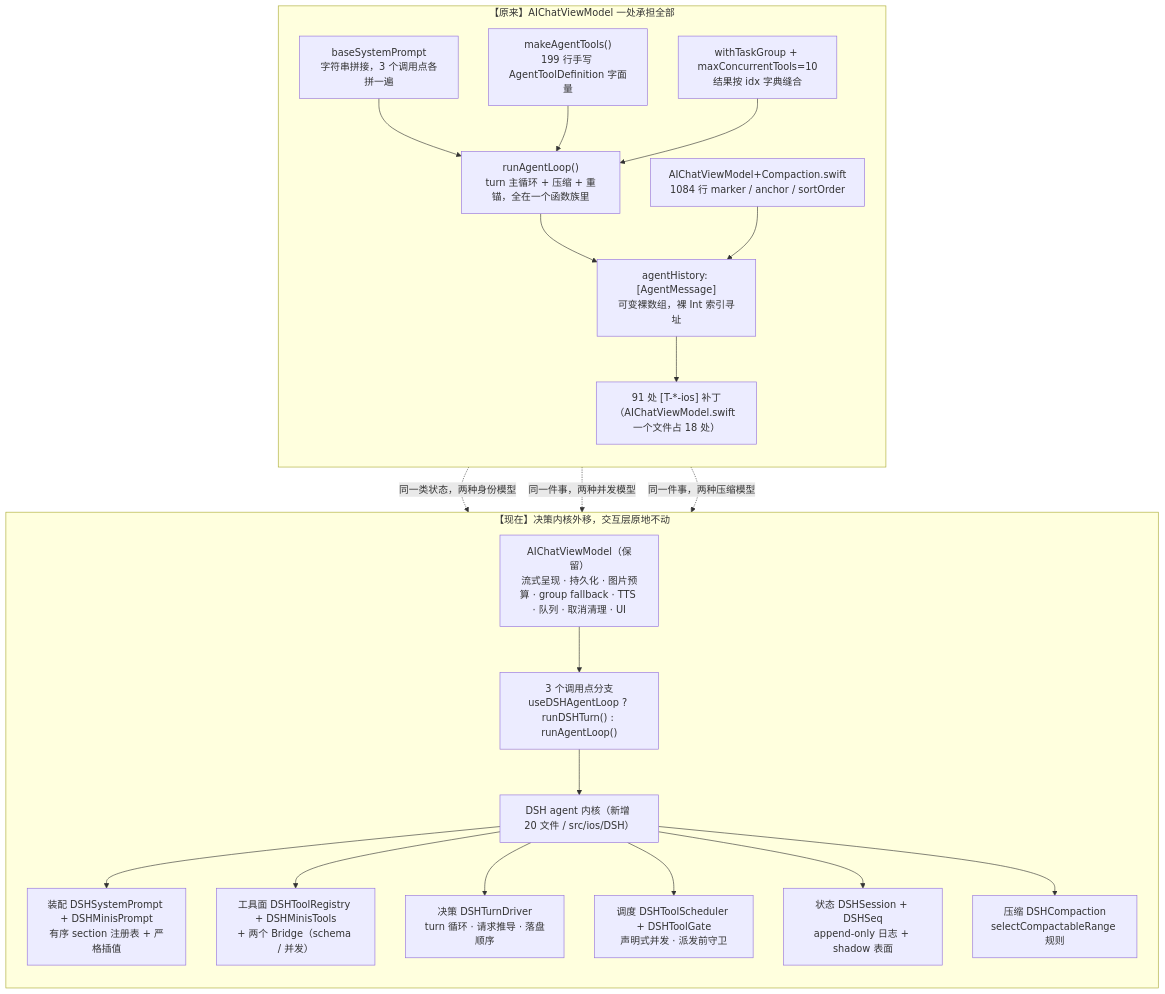
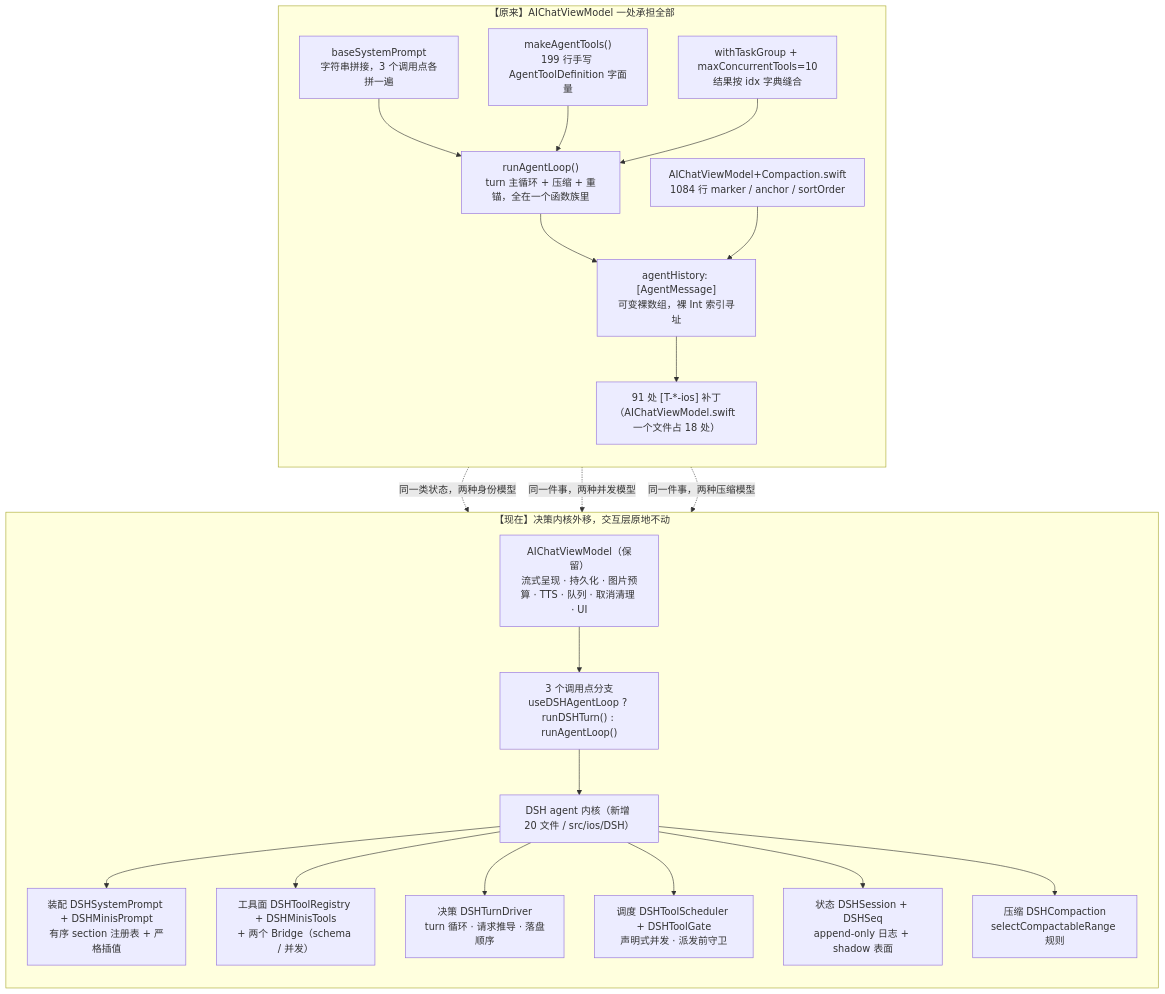
The first of 11 diagrams in docs/DSH-ARCHITECTURE.md (czy20010112/openminis-dshcore), drawn with Mermaid before and after one commit. The commit also changed other lines of this file and 1 other file, not shown here.

First line of the commit message:
docs: correct the group-fallback claim, and write down every gap the audit found

````diff
--- a/docs/DSH-ARCHITECTURE.md
+++ b/docs/DSH-ARCHITECTURE.md
@@ -12,37 +12,37 @@
 ```mermaid
 flowchart TB
     subgraph BEFORE["【原来】AIChatViewModel 一处承担全部"]
         direction TB
         B1["runAgentLoop()<br/>turn 主循环 + 压缩 + 重锚，全在一个函数族里"]
         B2["baseSystemPrompt<br/>字符串拼接，3 个调用点各拼一遍"]
         B3["makeAgentTools()<br/>199 行手写 AgentToolDefinition 字面量"]
         B4["withTaskGroup + maxConcurrentTools=10<br/>结果按 idx 字典缝合"]
         B5["AIChatViewModel+Compaction.swift<br/>1084 行 marker / anchor / sortOrder"]
         B6["agentHistory: [AgentMessage]<br/>可变裸数组，裸 Int 索引寻址"]
         B7["91 处 [T-*-ios] 补丁<br/>（AIChatViewModel.swift 一个文件占 18 处）"]
         B6 --> B7
         B1 --> B6
         B2 --> B1
         B3 --> B1
         B4 --> B1
         B5 --> B6
     end
 
     subgraph AFTER["【现在】决策内核外移，交互层原地不动"]
         direction TB
-        A0["AIChatViewModel（保留）<br/>流式呈现 · 持久化 · 图片预算 · group fallback · TTS · 队列 · 取消清理 · UI"]
+        A0["AIChatViewModel（保留）<br/>流式呈现 · 持久化 · 图片预算 · TTS · 队列 · 取消清理 · UI"]
         A1["3 个调用点分支<br/>useDSHAgentLoop ? runDSHTurn() : runAgentLoop()"]
         A2["DSH agent 内核（新增 20 文件 / src/ios/DSH）"]
         A0 --> A1 --> A2
         A2 --> A3["装配 DSHSystemPrompt + DSHMinisPrompt<br/>有序 section 注册表 + 严格插值"]
         A2 --> A4["工具面 DSHToolRegistry + DSHMinisTools<br/>+ 两个 Bridge（schema / 并发）"]
         A2 --> A5["决策 DSHTurnDriver<br/>turn 循环 · 请求推导 · 落盘顺序"]
         A2 --> A6["调度 DSHToolScheduler + DSHToolGate<br/>声明式并发 · 派发前守卫"]
         A2 --> A7["状态 DSHSession + DSHSeq<br/>append-only 日志 + shadow 表面"]
         A2 --> A8["压缩 DSHCompaction<br/>selectCompactableRange 规则"]
     end
 
     B6 -. "同一类状态，两种身份模型" .-> A7
     B4 -. "同一件事，两种并发模型" .-> A6
     B5 -. "同一件事，两种压缩模型" .-> A8
 ```
````
